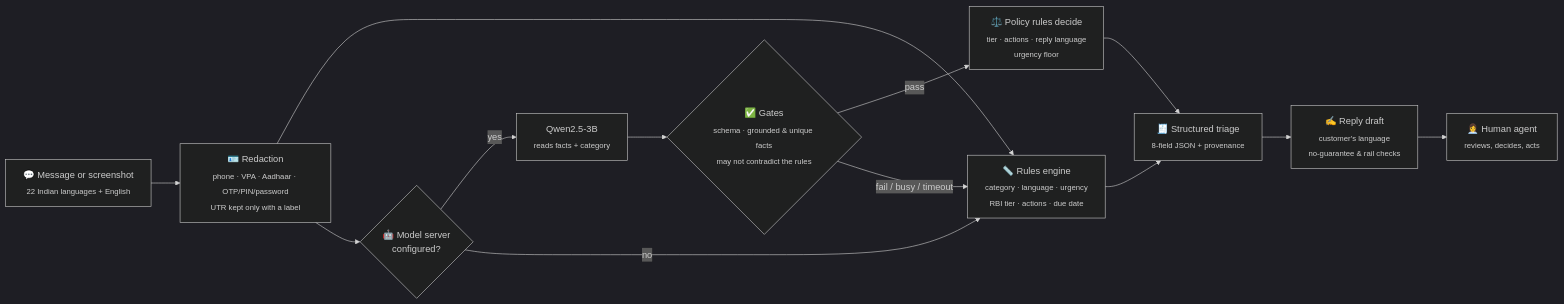
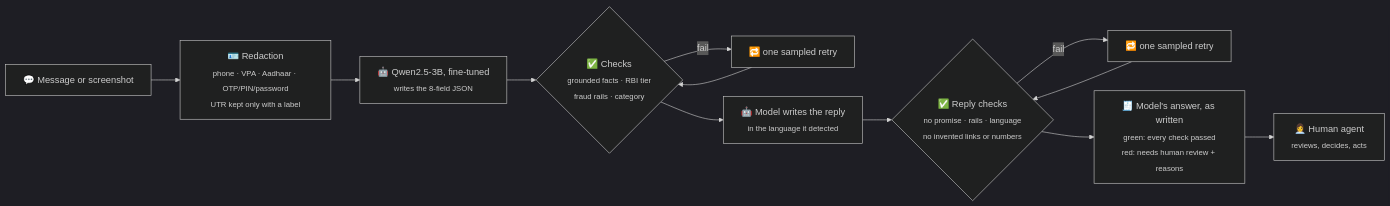
Before and after one commit to vishal88736/suraksha-merge: the first of 2 diagrams in README.md, drawn with Mermaid (dark theme). The commit also changed other lines of this file and 10 other files, not shown here.

First line of the commit message:
docs: README and every doc brought up to date with model authority

````diff
--- a/README.md
+++ b/README.md
@@ -180,15 +190,14 @@
 ```mermaid
 flowchart LR
-    A["💬 Message or screenshot<br/><sub>22 Indian languages + English</sub>"] --> B["🪪 Redaction<br/><sub>phone · VPA · Aadhaar · OTP/PIN/password<br/>UTR kept only with a label</sub>"]
-    B --> R["📏 Rules engine<br/><sub>category · language · urgency<br/>RBI tier · actions · due date</sub>"]
-    B --> C{"🤖 Model server<br/>configured?"}
-    C -- yes --> D["Qwen2.5-3B<br/><sub>reads facts + category</sub>"]
-    D --> E{"✅ Gates<br/><sub>schema · grounded & unique facts<br/>may not contradict the rules</sub>"}
-    E -- pass --> P["⚖️ Policy rules decide<br/><sub>tier · actions · reply language<br/>urgency floor</sub>"]
-    E -- fail / busy / timeout --> R
-    C -- no --> R
-    P --> G["🧾 Structured triage<br/><sub>8-field JSON + provenance</sub>"]
-    R --> G
-    G --> H["✍️ Reply draft<br/><sub>customer's language<br/>no-guarantee & rail checks</sub>"]
-    H --> I["👩‍💼 Human agent<br/><sub>reviews, decides, acts</sub>"]
+    A["💬 Message or screenshot"] --> B["🪪 Redaction<br/><sub>phone · VPA · Aadhaar · OTP/PIN/password<br/>UTR kept only with a label</sub>"]
+    B --> M["🤖 Qwen2.5-3B, fine-tuned<br/><sub>writes the 8-field JSON</sub>"]
+    M --> C1{"✅ Checks<br/><sub>grounded facts · RBI tier<br/>fraud rails · category</sub>"}
+    C1 -- fail --> R1["🔁 one sampled retry"]
+    R1 --> C1
+    C1 --> W["🤖 Model writes the reply<br/><sub>in the language it detected</sub>"]
+    W --> C2{"✅ Reply checks<br/><sub>no promise · rails · language<br/>no invented links or numbers</sub>"}
+    C2 -- fail --> R2["🔁 one sampled retry"]
+    R2 --> C2
+    C2 --> S["🧾 Model's answer, as written<br/><sub>green: every check passed<br/>red: needs human review + reasons</sub>"]
+    S --> H["👩‍💼 Human agent<br/><sub>reviews, decides, acts</sub>"]
 ```
````
